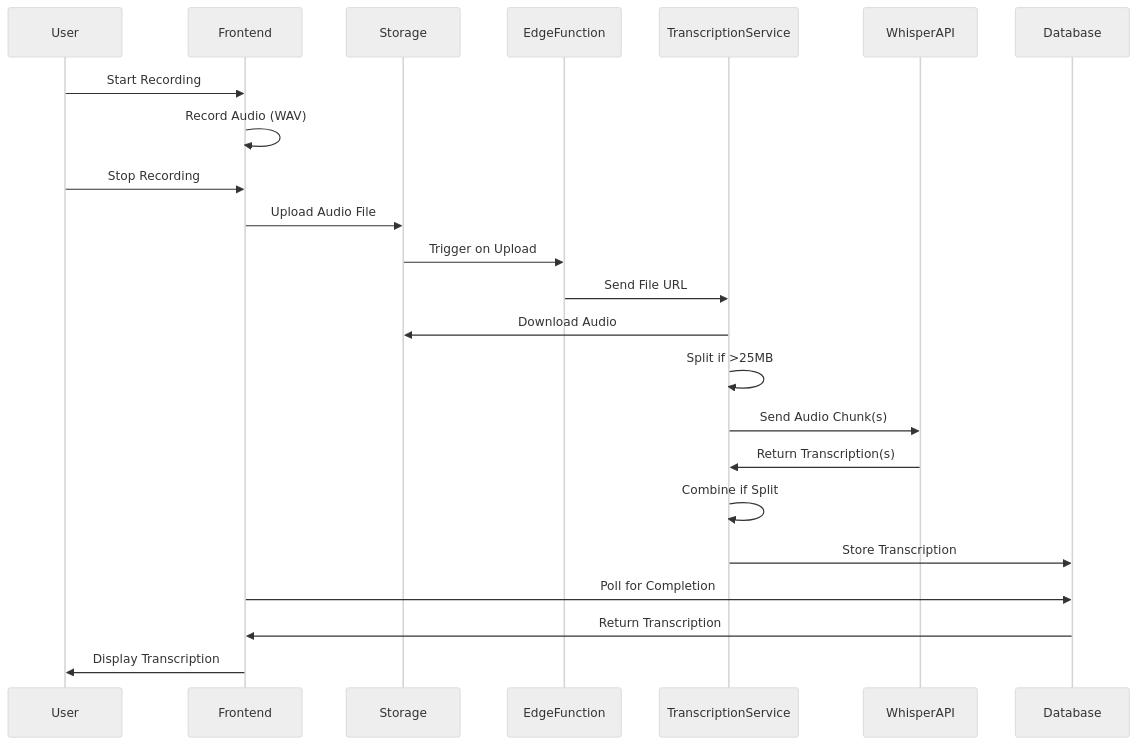
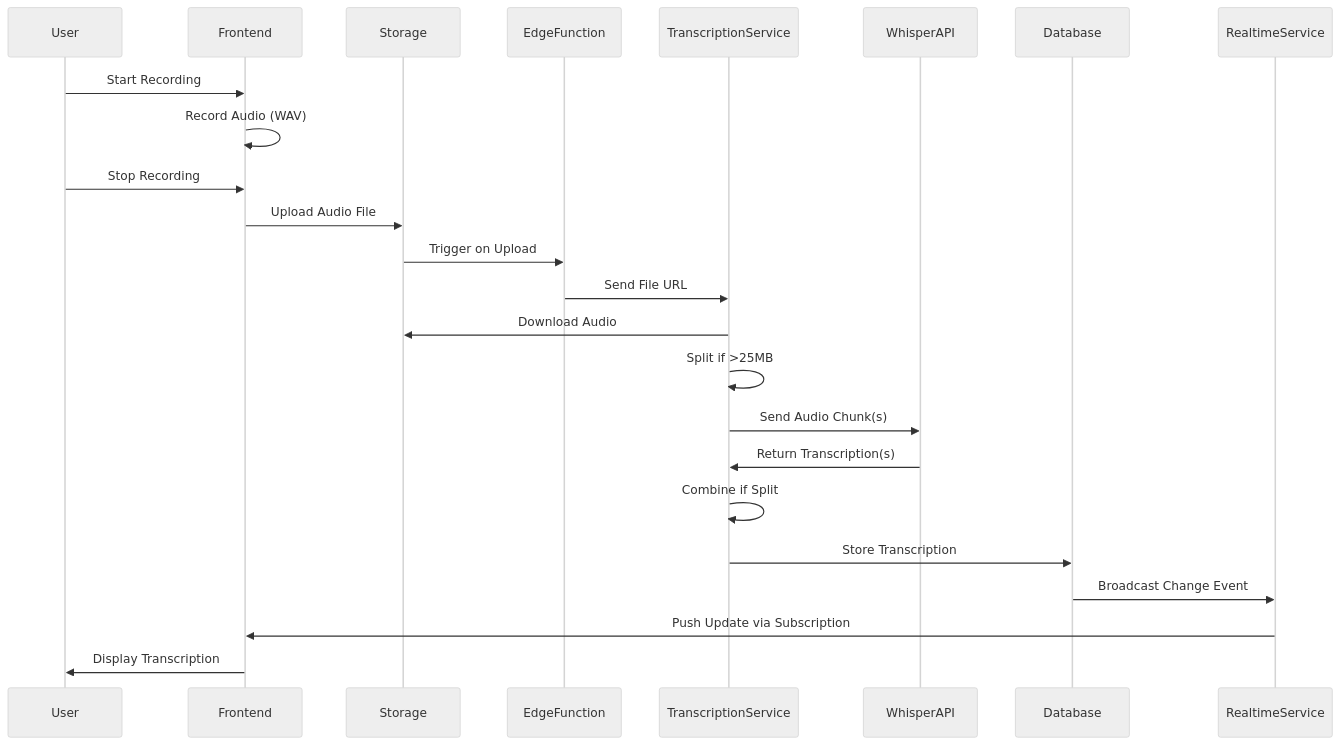
Before and after one commit to pidub-step/psynotes: the second of 2 diagrams in memory-bank/systemPatterns.md, drawn with Mermaid (neutral theme). The commit also changed other lines of this file and 4 other files, not shown here.

````diff
--- a/memory-bank/systemPatterns.md
+++ b/memory-bank/systemPatterns.md
@@ -89,26 +103,27 @@
 ```mermaid
 sequenceDiagram
     participant User
     participant Frontend
     participant Storage
     participant EdgeFunction
     participant TranscriptionService
     participant WhisperAPI
     participant Database
+    participant RealtimeService
     
     User->>Frontend: Start Recording
     Frontend->>Frontend: Record Audio (WAV)
     User->>Frontend: Stop Recording
     Frontend->>Storage: Upload Audio File
     Storage->>EdgeFunction: Trigger on Upload
     EdgeFunction->>TranscriptionService: Send File URL
     TranscriptionService->>Storage: Download Audio
     TranscriptionService->>TranscriptionService: Split if >25MB
     TranscriptionService->>WhisperAPI: Send Audio Chunk(s)
     WhisperAPI->>TranscriptionService: Return Transcription(s)
     TranscriptionService->>TranscriptionService: Combine if Split
     TranscriptionService->>Database: Store Transcription
-    Frontend->>Database: Poll for Completion
-    Database->>Frontend: Return Transcription
+    Database->>RealtimeService: Broadcast Change Event
+    RealtimeService->>Frontend: Push Update via Subscription
     Frontend->>User: Display Transcription
 ```
````
